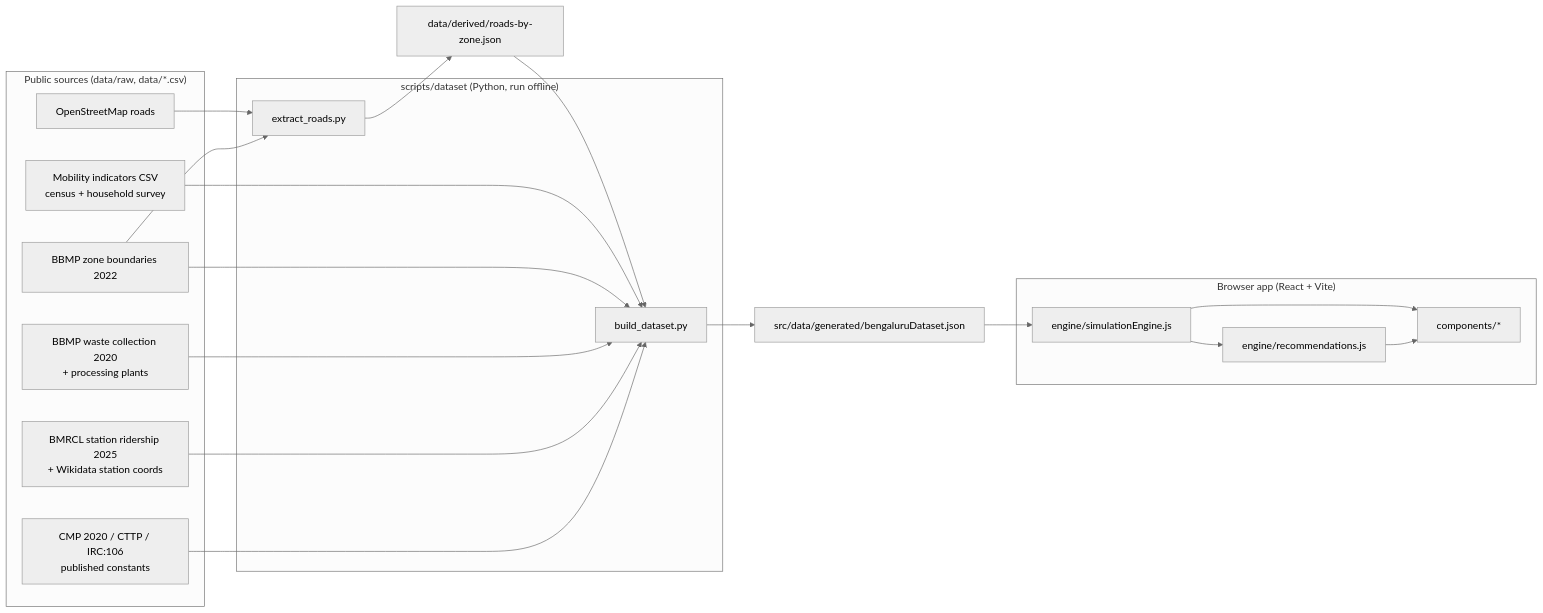
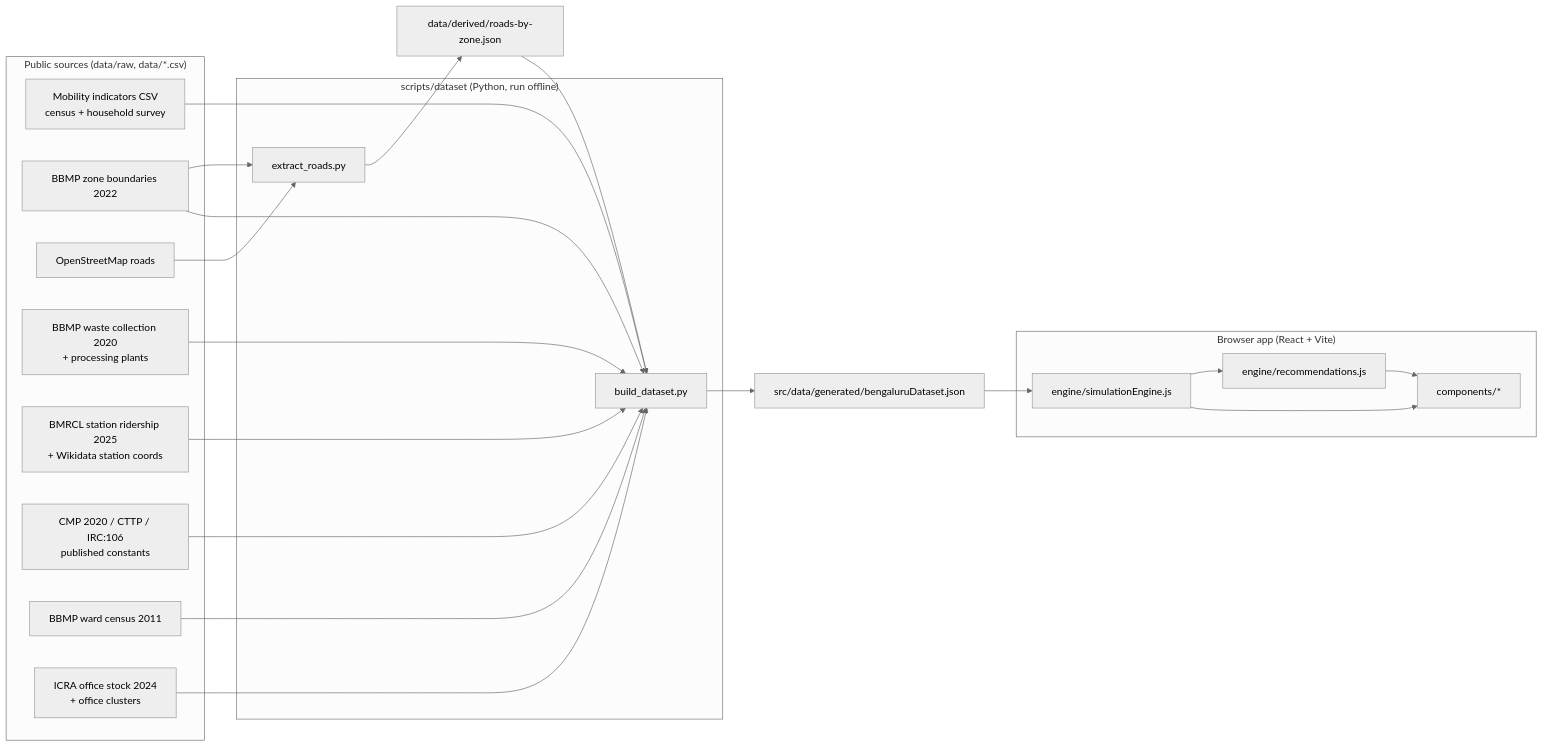
One commit to harikam17/cityflow changed the diagram in ARCHITECTURE.md. Above: the diagram before and after it, drawn with Mermaid (neutral theme). The commit also changed other lines of this file and 27 other files, not shown here.

````diff
--- a/ARCHITECTURE.md
+++ b/ARCHITECTURE.md
@@ -10,38 +11,42 @@
 ```mermaid
 flowchart LR
   subgraph Sources["Public sources (data/raw, data/*.csv)"]
     CSV[Mobility indicators CSV<br/>census + household survey]
     KML[BBMP zone boundaries 2022]
     OSM[OpenStreetMap roads]
     WASTE[BBMP waste collection 2020<br/>+ processing plants]
     METRO[BMRCL station ridership 2025<br/>+ Wikidata station coords]
     CMP[CMP 2020 / CTTP / IRC:106<br/>published constants]
+    WARDS[BBMP ward census 2011]
+    OFFICE[ICRA office stock 2024<br/>+ office clusters]
   end
 
   subgraph Pipeline["scripts/dataset (Python, run offline)"]
     ER[extract_roads.py]
     BD[build_dataset.py]
   end
 
   OSM --> ER
   KML --> ER
   ER --> RBZ[data/derived/roads-by-zone.json]
   RBZ --> BD
   CSV --> BD
+  WARDS --> BD
+  OFFICE --> BD
   KML --> BD
   WASTE --> BD
   METRO --> BD
   CMP --> BD
   BD --> DS[src/data/generated/bengaluruDataset.json]
 
   subgraph App["Browser app (React + Vite)"]
     ENG[engine/simulationEngine.js]
     REC[engine/recommendations.js]
     UI[components/*]
   end
 
   DS --> ENG
   ENG --> REC
   ENG --> UI
   REC --> UI
 ```
````
